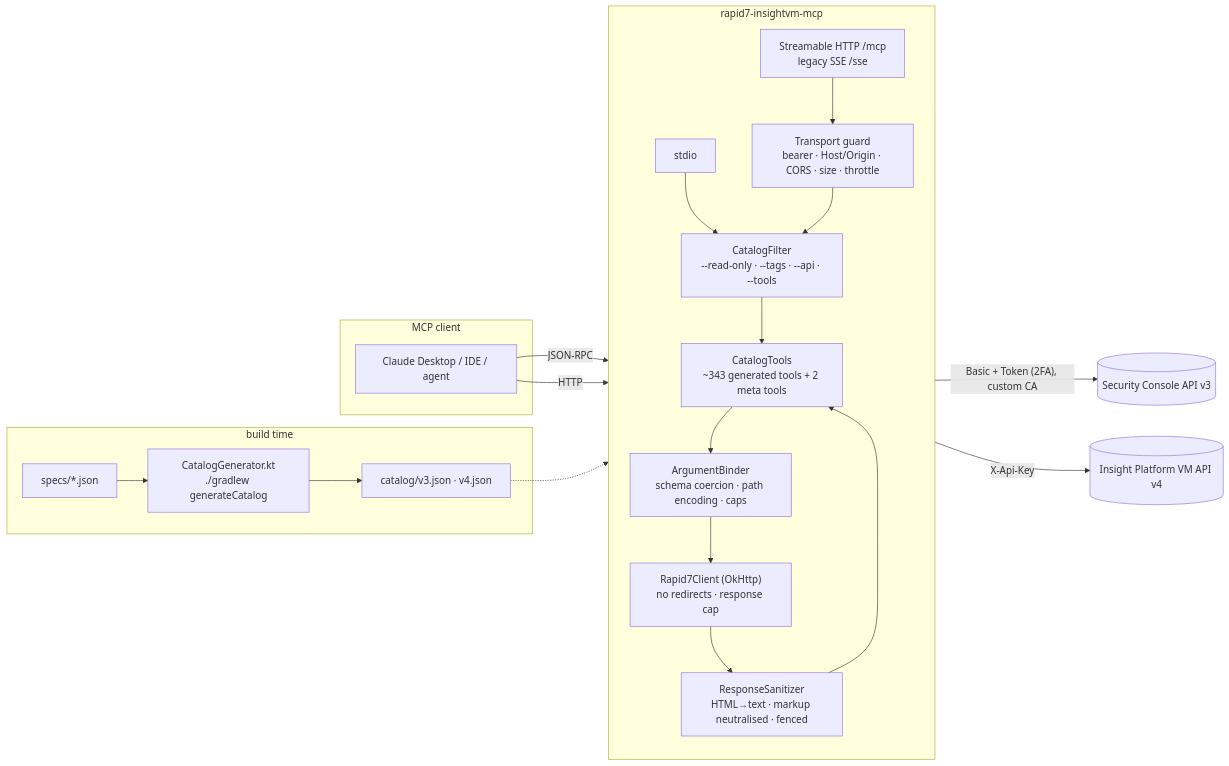
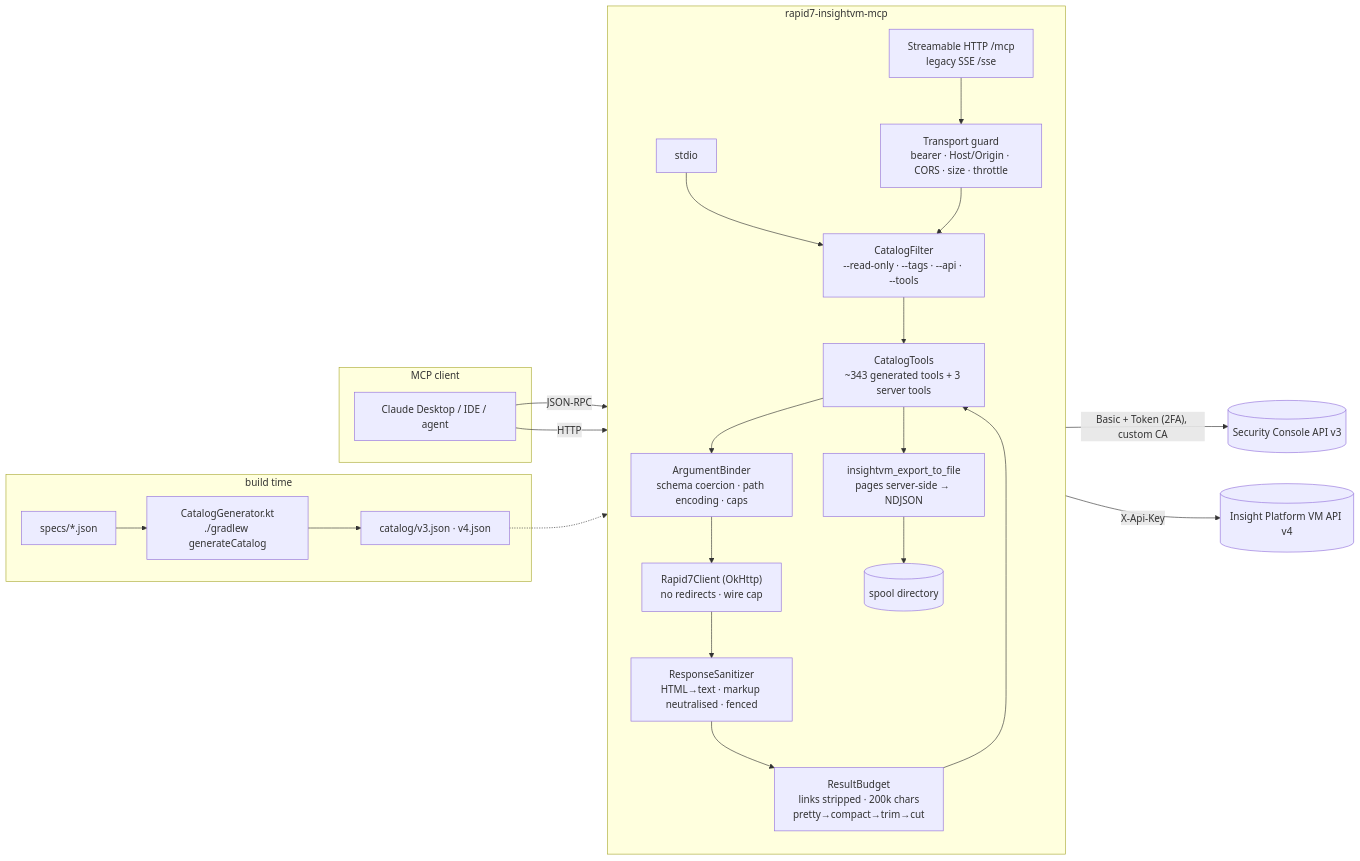
Before and after one commit to jitunicornfx/Rapid7-InsightVM-MCP: the diagram in README.md, drawn with Mermaid. The commit also changed other lines of this file and 3 other files, not shown here.

Commit message:
docs: document the two-tier result limits and the export tool

````diff
--- a/README.md
+++ b/README.md
@@ -135,27 +192,30 @@
 ```mermaid
 flowchart LR
     subgraph Client["MCP client"]
         C[Claude Desktop / IDE / agent]
     end
 
     subgraph Server["rapid7-insightvm-mcp"]
         direction TB
         T1[stdio] --> F
         T2["Streamable HTTP /mcp<br/>legacy SSE /sse"] --> G["Transport guard<br/>bearer · Host/Origin · CORS · size · throttle"] --> F
-        F["CatalogFilter<br/>--read-only · --tags · --api · --tools"] --> R["CatalogTools<br/>~343 generated tools + 2 meta tools"]
+        F["CatalogFilter<br/>--read-only · --tags · --api · --tools"] --> R["CatalogTools<br/>~343 generated tools + 3 server tools"]
         R --> B["ArgumentBinder<br/>schema coercion · path encoding · caps"]
-        B --> K["Rapid7Client (OkHttp)<br/>no redirects · response cap"]
+        B --> K["Rapid7Client (OkHttp)<br/>no redirects · wire cap"]
         K --> S["ResponseSanitizer<br/>HTML→text · markup neutralised · fenced"]
-        S --> R
+        S --> BU["ResultBudget<br/>links stripped · 200k chars<br/>pretty→compact→trim→cut"]
+        BU --> R
+        R --> X["insightvm_export_to_file<br/>pages server-side → NDJSON"]
+        X --> D[("spool directory")]
     end
 
     subgraph BuildTime["build time"]
         SP["specs/*.json"] --> GEN["CatalogGenerator.kt<br/>./gradlew generateCatalog"] --> CAT["catalog/v3.json · v4.json"]
     end
 
     C -- "JSON-RPC" --> T1
     C -- "HTTP" --> T2
     CAT -.-> R
     K -- "Basic + Token (2FA), custom CA" --> V3[("Security Console API v3")]
     K -- "X-Api-Key" --> V4[("Insight Platform VM API v4")]
 ```
````
